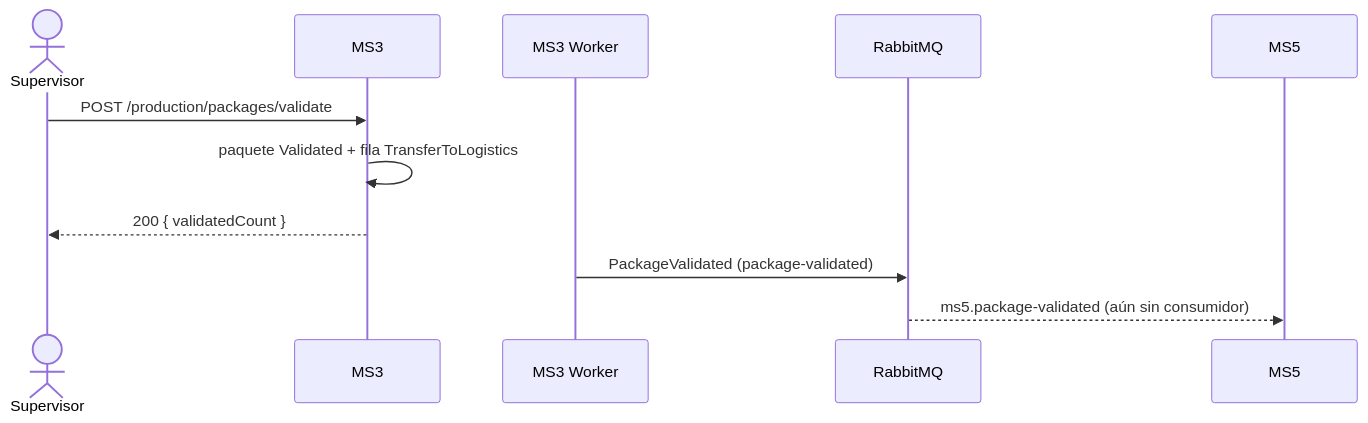
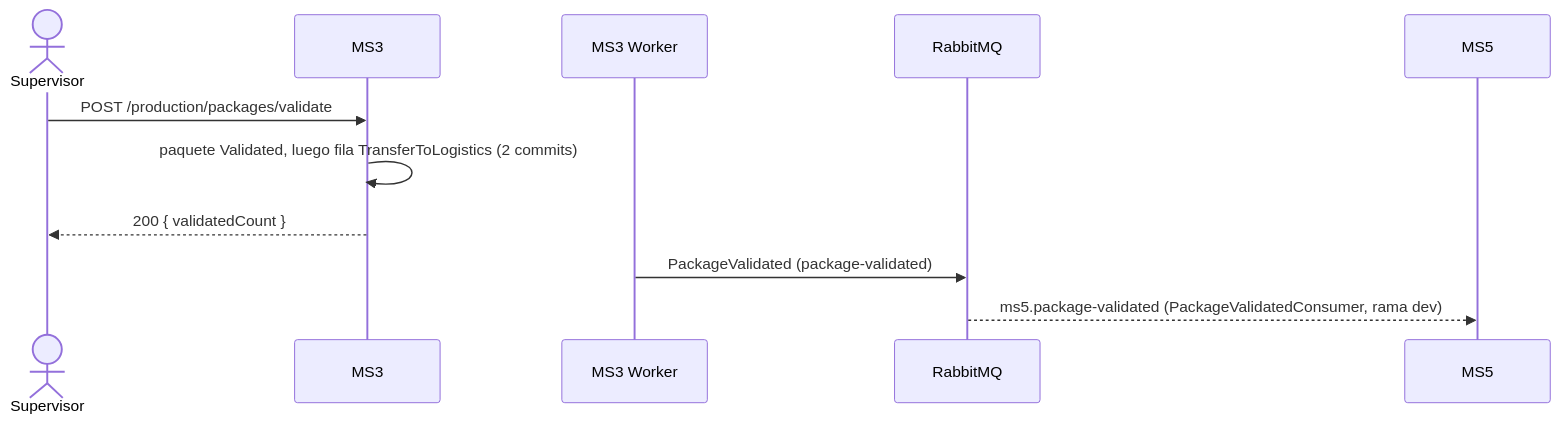
Before and after one commit to Nur-tricenter/knowledge: the fourth of 4 diagrams in services/ms3-contracting/flows.md, drawn with Mermaid. The commit also changed other lines of this file and 6 other files, not shown here.

````diff
--- a/services/ms3-contracting/flows.md
+++ b/services/ms3-contracting/flows.md
@@ -125,13 +128,13 @@
 ```mermaid
 sequenceDiagram
   actor S as Supervisor
   participant MS3
   participant W as MS3 Worker
   participant MQ as RabbitMQ
   participant MS5
   S->>MS3: POST /production/packages/validate
-  MS3->>MS3: paquete Validated + fila TransferToLogistics
+  MS3->>MS3: paquete Validated, luego fila TransferToLogistics (2 commits)
   MS3-->>S: 200 { validatedCount }
   W->>MQ: PackageValidated (package-validated)
-  MQ-->>MS5: ms5.package-validated (aún sin consumidor)
+  MQ-->>MS5: ms5.package-validated (PackageValidatedConsumer, rama dev)
 ```
````
